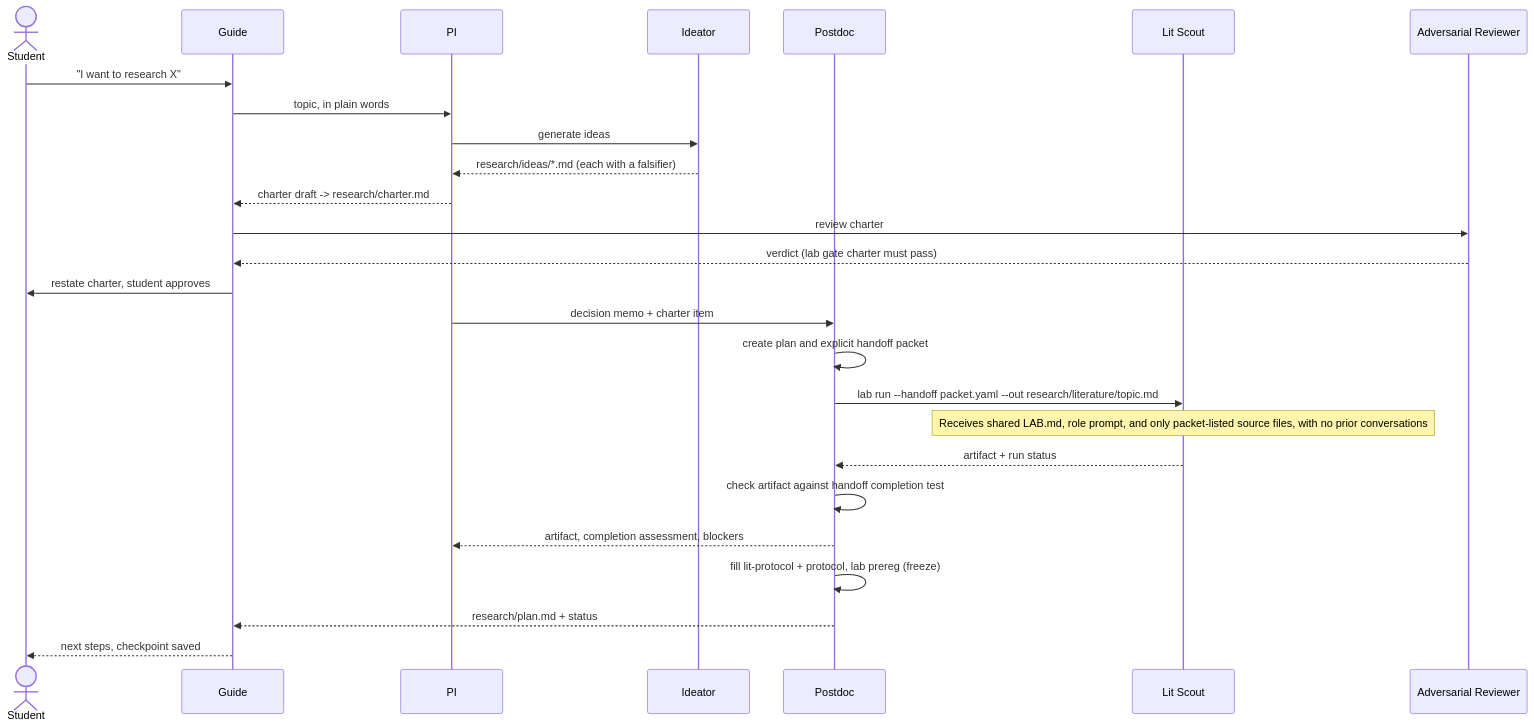
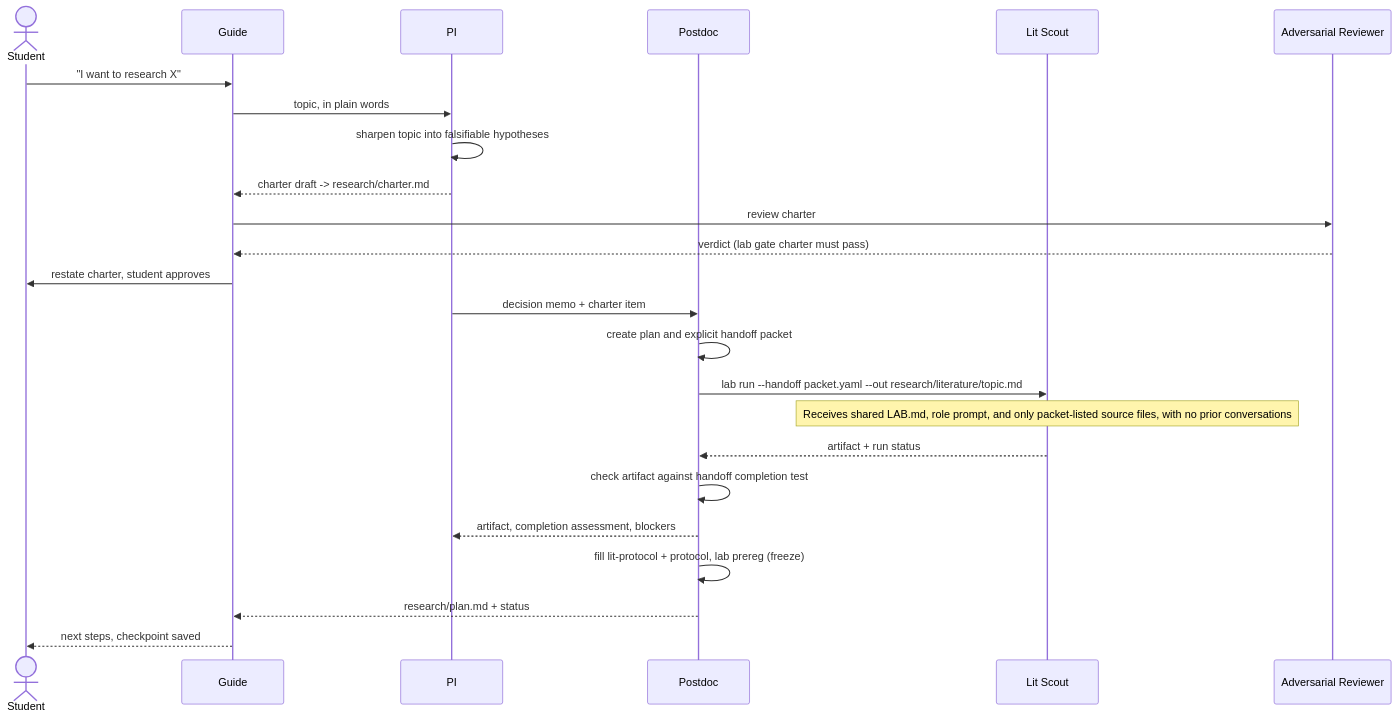
The second of 4 diagrams in docs/diagrams.md (Showerss/WeSearch), drawn with Mermaid before and after one commit. The commit also changed other lines of this file and 7 other files, not shown here.

First line of the commit message:
Remove the Ideator role; fold raw ideas into the Pathfinder

````diff
--- a/docs/diagrams.md
+++ b/docs/diagrams.md
@@ -26,28 +28,26 @@
 ```mermaid
 sequenceDiagram
   actor S as Student
   participant G as Guide
   participant PI
-  participant ID as Ideator
   participant PD as Postdoc
   participant LS as Lit Scout
   participant AR as Adversarial Reviewer
   S->>G: "I want to research X"
   G->>PI: topic, in plain words
-  PI->>ID: generate ideas
-  ID-->>PI: research/ideas/*.md (each with a falsifier)
+  PI->>PI: sharpen topic into falsifiable hypotheses
   PI-->>G: charter draft -> research/charter.md
   G->>AR: review charter
   AR-->>G: verdict (lab gate charter must pass)
   G->>S: restate charter, student approves
   PI->>PD: decision memo + charter item
   PD->>PD: create plan and explicit handoff packet
   PD->>LS: lab run --handoff packet.yaml --out research/literature/topic.md
   Note over LS: Receives shared LAB.md, role prompt, and only packet-listed source files, with no prior conversations
   LS-->>PD: artifact + run status
   PD->>PD: check artifact against handoff completion test
   PD-->>PI: artifact, completion assessment, blockers
   PD->>PD: fill lit-protocol + protocol, lab prereg (freeze)
   PD-->>G: research/plan.md + status
   G-->>S: next steps, checkpoint saved
 ```
````
